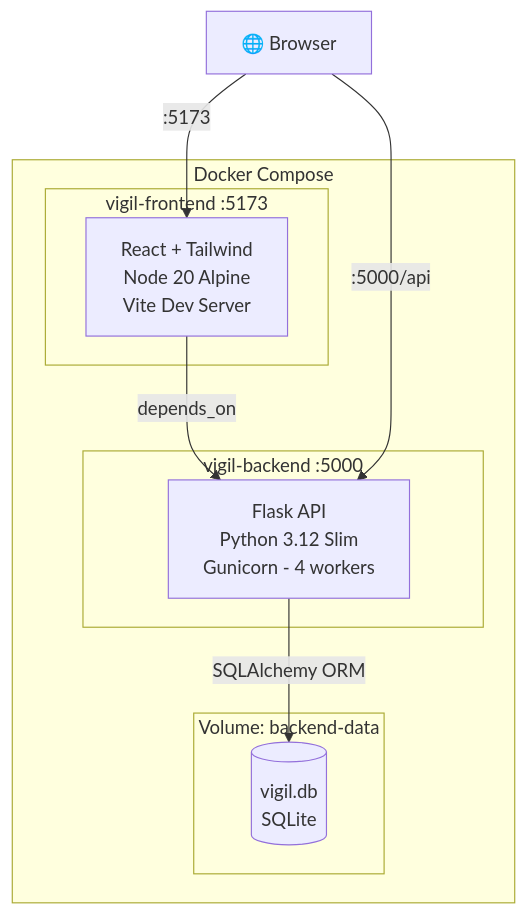
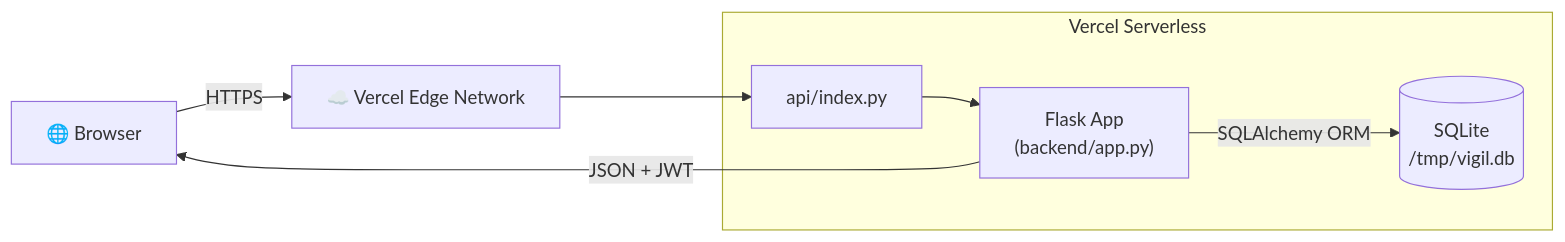
One commit to Abdelrahman744/Vigil-v2-flask changed the fourth of 4 diagrams in README.md. Above: the diagram before and after it, drawn with Mermaid. The commit also changed other lines of this file and 5 other files, not shown here.

Commit message:
chore: remove Docker files, clean up for Vercel-only deployment

````diff
--- a/README.md
+++ b/README.md
@@ -200,20 +197,12 @@
 ```mermaid
-graph TB
-    subgraph "Docker Compose"
-        subgraph "vigil-frontend :5173"
-            FE["React + Tailwind<br/>Node 20 Alpine<br/>Vite Dev Server"]
-        end
-        subgraph "vigil-backend :5000"
-            BE["Flask API<br/>Python 3.12 Slim<br/>Gunicorn - 4 workers"]
-        end
-        subgraph "Volume: backend-data"
-            VOL[("vigil.db<br/>SQLite")]
-        end
+graph LR
+    Browser["🌐 Browser"] -->|"HTTPS"| Vercel["☁️ Vercel Edge Network"]
+
+    subgraph "Vercel Serverless"
+        Entry["api/index.py"] --> Flask["Flask App<br/>(backend/app.py)"]
+        Flask -->|"SQLAlchemy ORM"| DB[("SQLite<br/>/tmp/vigil.db")]
     end
 
-    FE -->|"depends_on"| BE
-    BE -->|"SQLAlchemy ORM"| VOL
-
-    Browser["🌐 Browser"] -->|":5173"| FE
-    Browser -->|":5000/api"| BE
+    Vercel --> Entry
+    Flask -->|"JSON + JWT"| Browser
 ```
````
